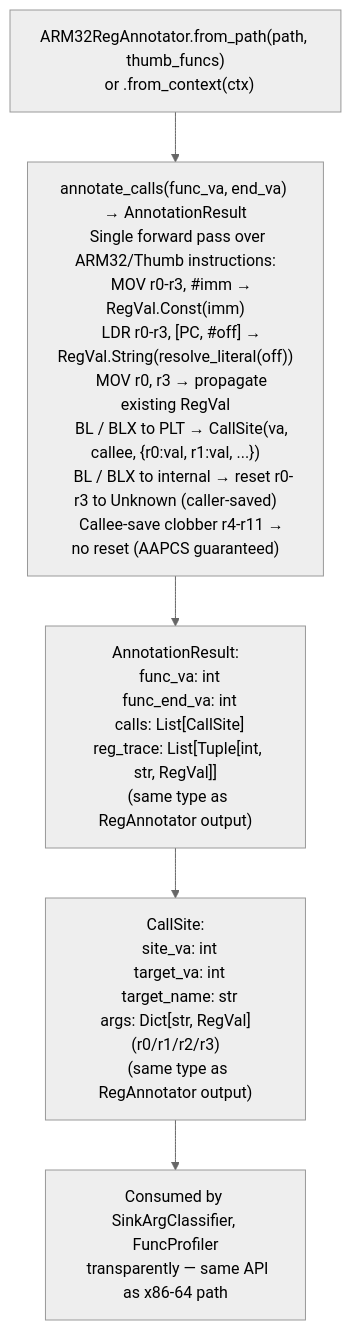
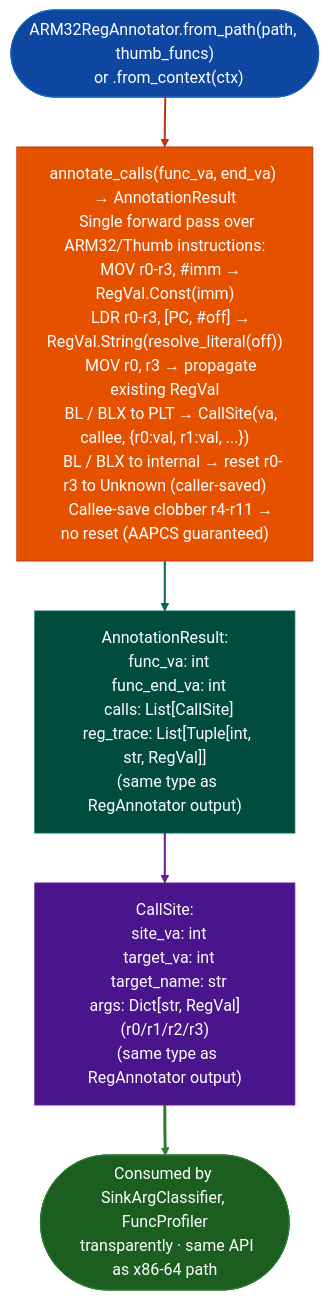
Before and after one commit to Ablation-Tool/ablation: the diagram in docs/reference-modules/calling-convention-and-syscall-models.md, drawn with Mermaid (neutral theme). The commit also changed 320 other files, not shown here.

First line of the commit message:
docs: apply canonical Mermaid template to all 321 diagrams

````diff
--- a/docs/reference-modules/calling-convention-and-syscall-models.md
+++ b/docs/reference-modules/calling-convention-and-syscall-models.md
@@ -19,7 +19,17 @@
 ```mermaid
 flowchart TD
-    A["ARM32RegAnnotator.from_path(path, thumb_funcs)\n  or .from_context(ctx)"] --> B["annotate_calls(func_va, end_va) → AnnotationResult\n  Single forward pass over ARM32/Thumb instructions:\n    MOV r0-r3, #imm → RegVal.Const(imm)\n    LDR r0-r3, [PC, #off] → RegVal.String(resolve_literal(off))\n    MOV r0, r3 → propagate existing RegVal\n    BL / BLX to PLT → CallSite(va, callee, {r0:val, r1:val, ...})\n    BL / BLX to internal → reset r0-r3 to Unknown (caller-saved)\n    Callee-save clobber r4-r11 → no reset (AAPCS guaranteed)"]
-    B --> C["AnnotationResult:\n  func_va: int\n  func_end_va: int\n  calls: List[CallSite]\n  reg_trace: List[Tuple[int, str, RegVal]]\n  (same type as RegAnnotator output)"]
-    C --> D["CallSite:\n  site_va: int\n  target_va: int\n  target_name: str\n  args: Dict[str, RegVal]  (r0/r1/r2/r3)\n  (same type as RegAnnotator output)"]
-    D --> E["Consumed by SinkArgClassifier, FuncProfiler\n  transparently — same API as x86-64 path"]
+    A(["ARM32RegAnnotator.from_path(path, thumb_funcs)\n  or .from_context(ctx)"]):::input --> B["annotate_calls(func_va, end_va) → AnnotationResult\n  Single forward pass over ARM32/Thumb instructions:\n    MOV r0-r3, #imm → RegVal.Const(imm)\n    LDR r0-r3, [PC, #off] → RegVal.String(resolve_literal(off))\n    MOV r0, r3 → propagate existing RegVal\n    BL / BLX to PLT → CallSite(va, callee, {r0:val, r1:val, ...})\n    BL / BLX to internal → reset r0-r3 to Unknown (caller-saved)\n    Callee-save clobber r4-r11 → no reset (AAPCS guaranteed)"]:::primary
+    B:::primary --> C["AnnotationResult:\n  func_va: int\n  func_end_va: int\n  calls: List[CallSite]\n  reg_trace: List[Tuple[int, str, RegVal]]\n  (same type as RegAnnotator output)"]:::secondary
+    C:::secondary --> D["CallSite:\n  site_va: int\n  target_va: int\n  target_name: str\n  args: Dict[str, RegVal]  (r0/r1/r2/r3)\n  (same type as RegAnnotator output)"]:::tertiary
+    D:::tertiary --> E(["Consumed by SinkArgClassifier, FuncProfiler\n  transparently · same API as x86-64 path"]):::output
+    classDef input     fill:#0d47a1,stroke:#1565c0,color:#fff
+    classDef primary   fill:#e65100,stroke:#bf360c,color:#fff
+    classDef secondary fill:#004d40,stroke:#00695c,color:#fff
+    classDef tertiary  fill:#4a148c,stroke:#6a1b9a,color:#fff
+    classDef neutral   fill:#37474f,stroke:#546e7a,color:#fff
+    classDef output    fill:#1b5e20,stroke:#2e7d32,color:#fff
+    linkStyle 0 stroke:#bf360c,stroke-width:2px
+    linkStyle 1 stroke:#00695c,stroke-width:2px
+    linkStyle 2 stroke:#6a1b9a,stroke-width:2px
+    linkStyle 3 stroke:#2e7d32,stroke-width:3px
 ```
````
